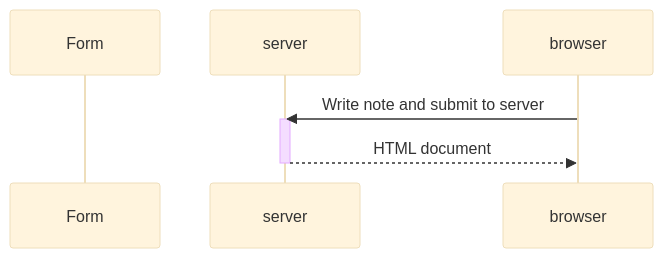
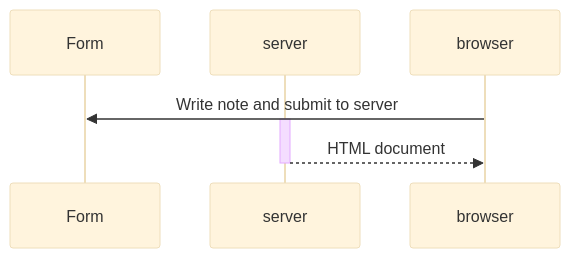
The diagram in diagrama.md (11132731/Course-Full-Stack), drawn with Mermaid (base theme) before and after one commit.

Commit message:
Fix sequence diagram participant interaction

````diff
--- a/diagrama.md
+++ b/diagrama.md
@@ -2,12 +2,12 @@
 ```mermaid
 sequenceDiagram
     participant Form
     participant server
 
-    browser->>server: Write note and submit to server
+    browser->>Form: Write note and submit to server
     activate server
     server-->>browser: HTML document
     deactivate server
 
 
 ```
````
